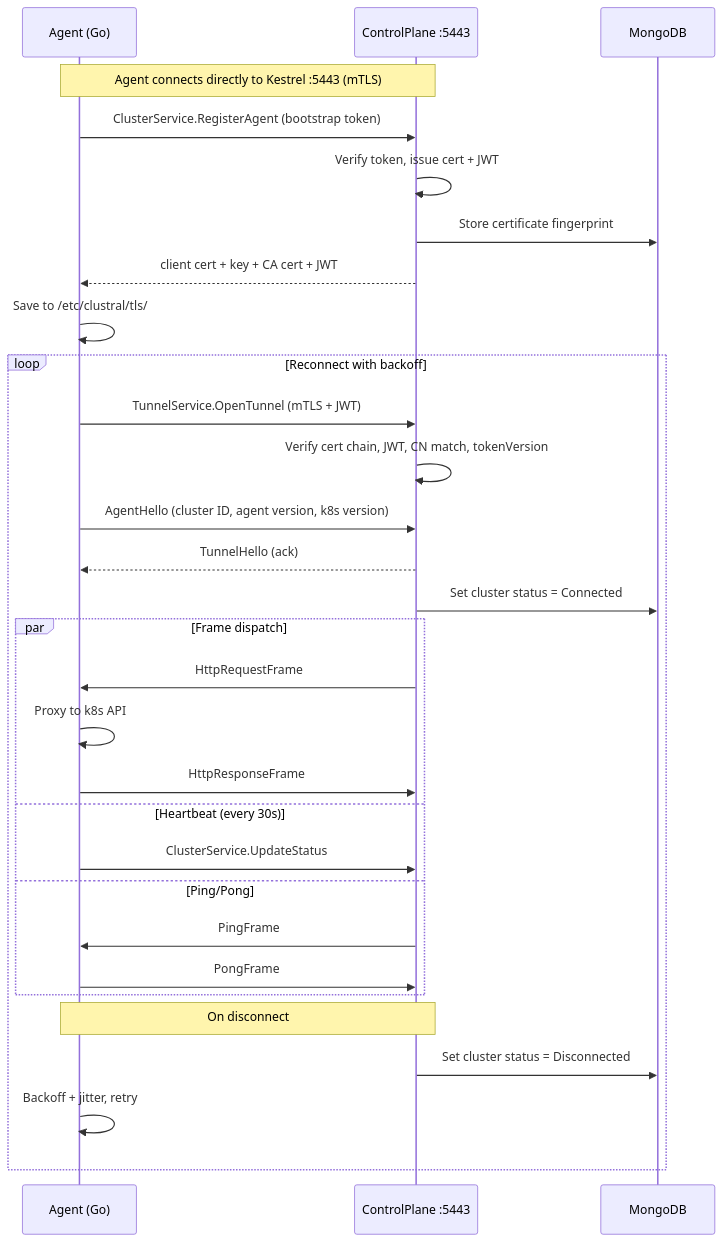
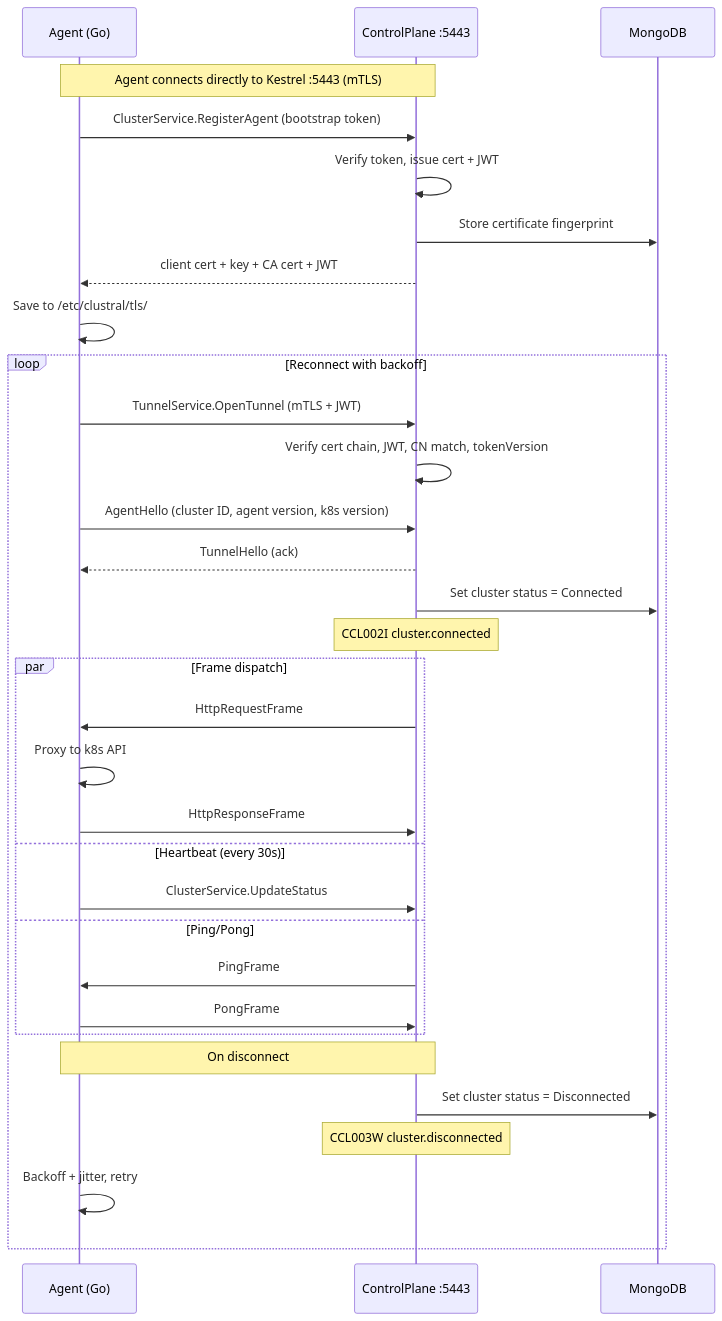
One commit to Clustral/clustral changed the fourth of 18 diagrams in README.md. Above: the diagram before and after it, drawn with Mermaid. The commit also changed other lines of this file, not shown here.

First line of the commit message:
docs: add audit logging section + update diagrams with event codes

````diff
--- a/README.md
+++ b/README.md
@@ -119,37 +128,39 @@
 ```mermaid
 sequenceDiagram
     participant Agent as Agent (Go)
     participant CP as ControlPlane :5443
     participant DB as MongoDB
 
     Note over Agent,CP: Agent connects directly to Kestrel :5443 (mTLS)
 
     Agent->>CP: ClusterService.RegisterAgent (bootstrap token)
     CP->>CP: Verify token, issue cert + JWT
     CP->>DB: Store certificate fingerprint
     CP-->>Agent: client cert + key + CA cert + JWT
     Agent->>Agent: Save to /etc/clustral/tls/
 
     loop Reconnect with backoff
         Agent->>CP: TunnelService.OpenTunnel (mTLS + JWT)
         CP->>CP: Verify cert chain, JWT, CN match, tokenVersion
         Agent->>CP: AgentHello (cluster ID, agent version, k8s version)
         CP-->>Agent: TunnelHello (ack)
         CP->>DB: Set cluster status = Connected
+        Note over CP: CCL002I cluster.connected
 
         par Frame dispatch
             CP->>Agent: HttpRequestFrame
             Agent->>Agent: Proxy to k8s API
             Agent->>CP: HttpResponseFrame
         and Heartbeat (every 30s)
             Agent->>CP: ClusterService.UpdateStatus
         and Ping/Pong
             CP->>Agent: PingFrame
             Agent->>CP: PongFrame
         end
 
         Note over Agent,CP: On disconnect
         CP->>DB: Set cluster status = Disconnected
+        Note over CP: CCL003W cluster.disconnected
         Agent->>Agent: Backoff + jitter, retry
     end
 ```
````
